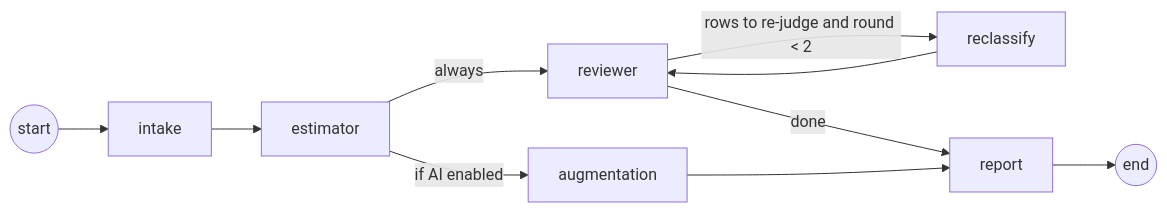
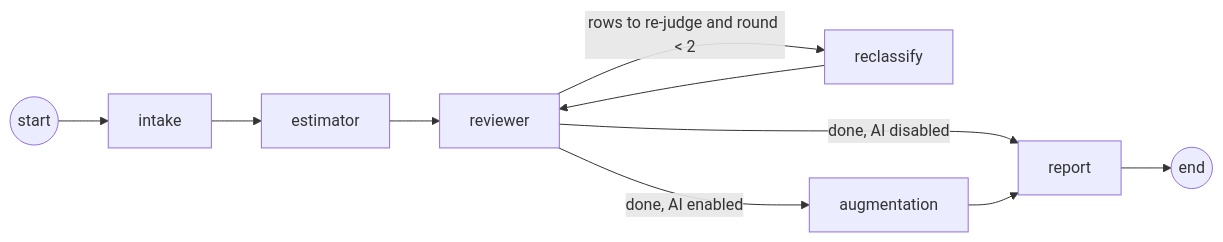
Before and after one commit to adryanra97/talent-estimation-agent: the diagram in docs/03-design/agents.md, drawn with Mermaid. The commit also changed other lines of this file and 5 other files, not shown here.

````diff
--- a/docs/03-design/agents.md
+++ b/docs/03-design/agents.md
@@ -5,12 +5,12 @@
 ```mermaid
 flowchart LR
     S((start)) --> I[intake]
     I --> E[estimator]
-    E -->|always| R[reviewer]
-    E -->|if AI enabled| M[augmentation]
+    E --> R[reviewer]
     R -->|rows to re-judge and round < 2| C[reclassify]
     C --> R
-    R -->|done| P[report]
+    R -->|done, AI enabled| M[augmentation]
+    R -->|done, AI disabled| P[report]
     M --> P
     P --> X((end))
 ```
````
